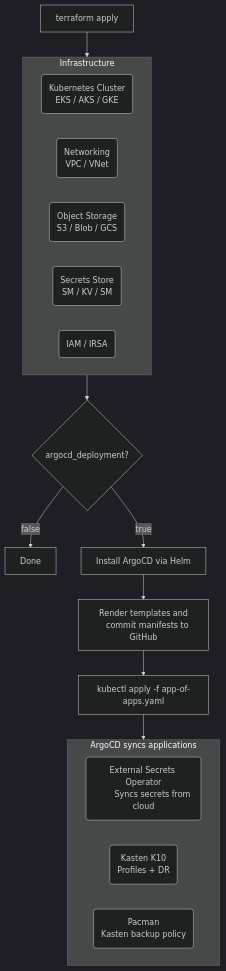
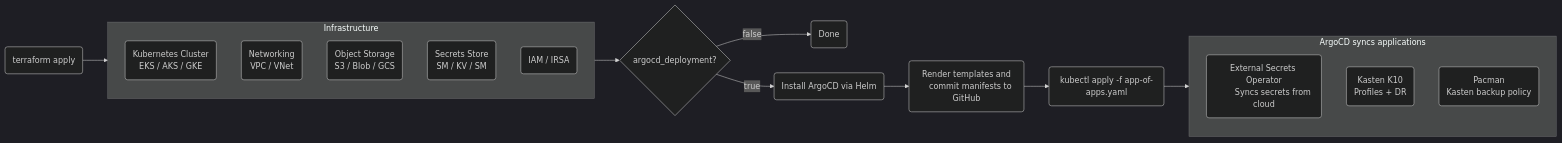
The diagram in README.md (MichaelHaigh/kasten-automation), drawn with Mermaid (dark theme) before and after one commit.

Commit message:
improving mermaid again 2

````diff
--- a/README.md
+++ b/README.md
@@ -19,35 +19,35 @@
 ```mermaid
-flowchart TD
-    A[terraform apply] --> B
+flowchart LR
+    A(terraform apply) --> B
 
     subgraph B["Infrastructure"]
-        direction LR
+        direction TB
         B1("Kubernetes Cluster
         EKS / AKS / GKE")
         B2("Networking
         VPC / VNet")
         B3("Object Storage
         S3 / Blob / GCS")
         B4("Secrets Store
         SM / KV / SM")
         B5("IAM / IRSA")
     end
 
     B --> C{argocd_deployment?}
-    C -- false --> D[Done]
-    C -- true --> E["Install ArgoCD via Helm"]
-    E --> F["Render templates and
-    commit manifests to GitHub"]
-    F --> G["kubectl apply -f app-of-apps.yaml"]
+    C -- false --> D(Done)
+    C -- true --> E("Install ArgoCD via Helm")
+    E --> F("Render templates and
+    commit manifests to GitHub")
+    F --> G("kubectl apply -f app-of-apps.yaml")
     G --> H
 
     subgraph H["ArgoCD syncs applications"]
-        direction LR
+        direction TB
         H1("External Secrets Operator
         Syncs secrets from cloud")
         H2("Kasten K10
         Profiles + DR")
         H3("Pacman
         Kasten backup policy")
     end
 ```
````
